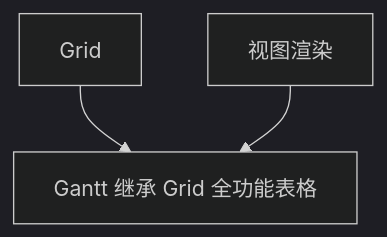
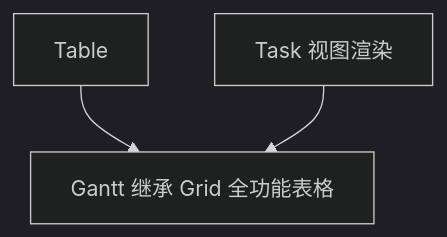
The third of 4 diagrams in framework.md (x-extends/vxe-ui-docs), drawn with Mermaid (dark theme) before and after one commit.

````diff
--- a/framework.md
+++ b/framework.md
@@ -63,5 +63,5 @@
 ```mermaid
 graph TD;
-    Grid-->Gantt[Gantt 继承 Grid 全功能表格];
-    chat[视图渲染]-->Gantt;
+    Table-->Gantt[Gantt 继承 Grid 全功能表格];
+    chat[Task 视图渲染]-->Gantt;
 ```
````
